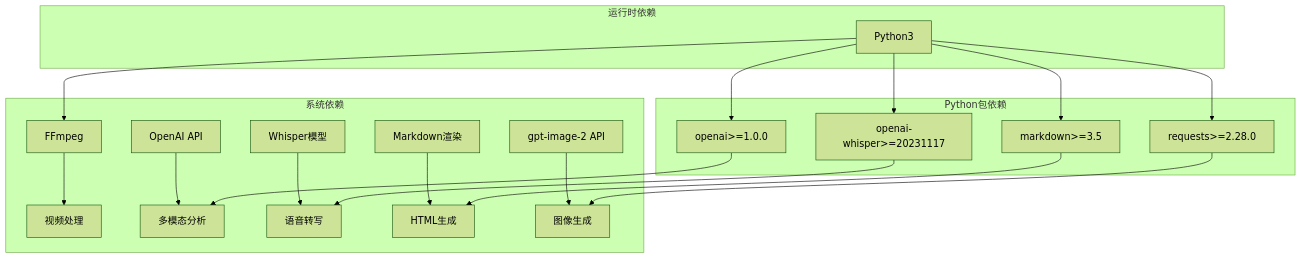
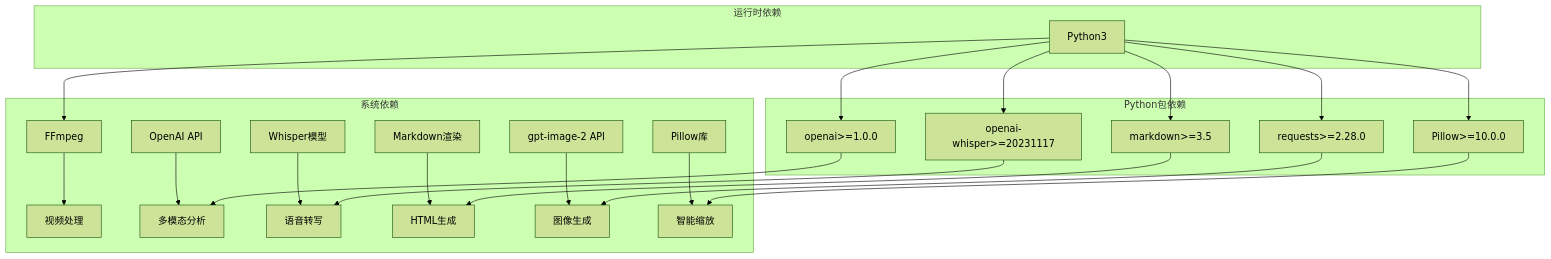
Before and after one commit to WongMingJiu/landingpage-test-hero-page: the ninth of 9 diagrams in .qoder/repowiki/zh/content/开发者指南.md, drawn with Mermaid (forest theme). The commit also changed other lines of this file and 12 other files, not shown here.

````diff
--- a/.qoder/repowiki/zh/content/开发者指南.md
+++ b/.qoder/repowiki/zh/content/开发者指南.md
@@ -405,23 +461,26 @@
 ```mermaid
 graph TB
 subgraph "系统依赖"
 A[FFmpeg] --> B[视频处理]
 C[OpenAI API] --> D[多模态分析]
 E[Whisper模型] --> F[语音转写]
 G[Markdown渲染] --> H[HTML生成]
 I[gpt-image-2 API] --> J[图像生成]
+K[Pillow库] --> L[智能缩放]
 end
 subgraph "Python包依赖"
-K[openai>=1.0.0] --> D
-L[openai-whisper>=20231117] --> F
-M[markdown>=3.5] --> H
-N[requests>=2.28.0] --> J
+M[openai>=1.0.0] --> D
+N[openai-whisper>=20231117] --> F
+O[markdown>=3.5] --> H
+P[requests>=2.28.0] --> J
+Q[Pillow>=10.0.0] --> L
 end
 subgraph "运行时依赖"
-O[Python3] --> A
-O --> K
-O --> L
-O --> M
-O --> N
+R[Python3] --> A
+R --> M
+R --> N
+R --> O
+R --> P
+R --> Q
 end
 ```
````
